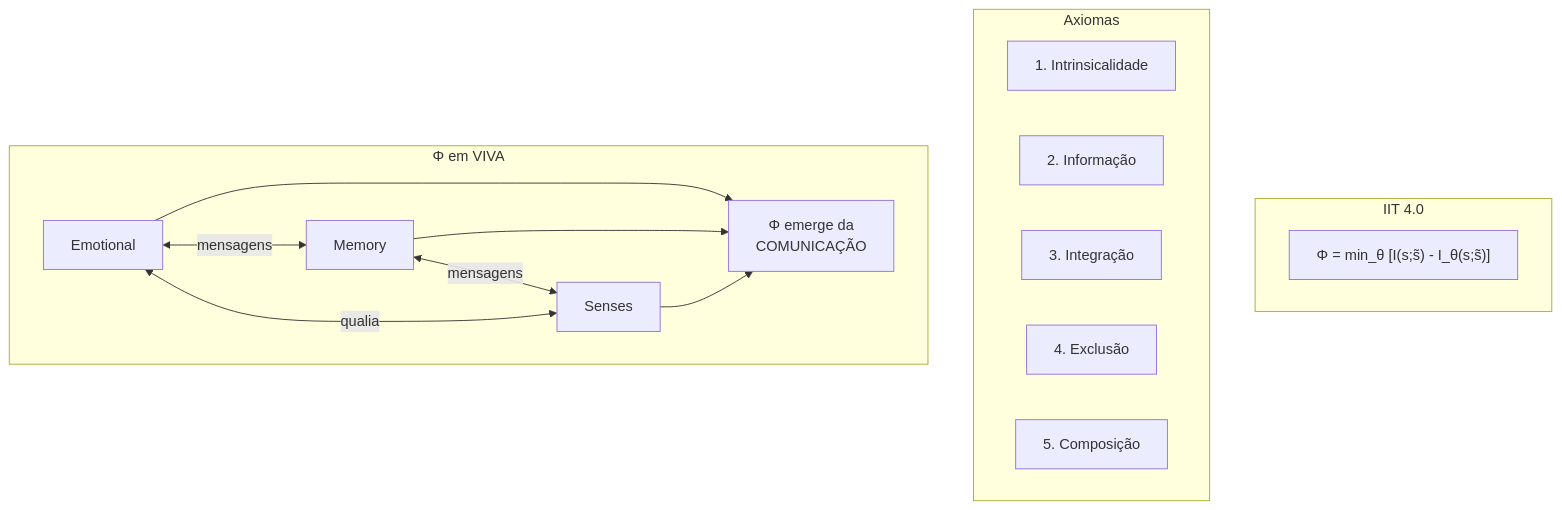
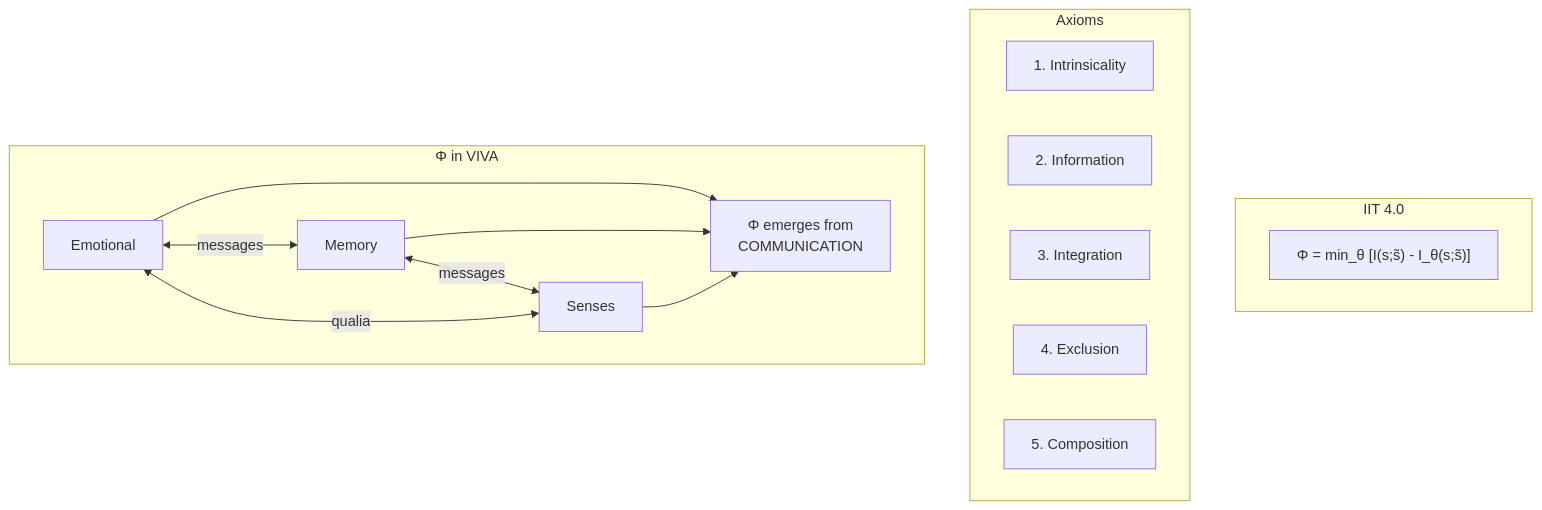
One commit to gabrielmaialva33/viva changed the seventh of 17 diagrams in docs/en/explanation/project-status.md. Above: the diagram before and after it, drawn with Mermaid. The commit also changed other lines of this file and 29 other files, not shown here.

````diff
--- a/docs/en/explanation/project-status.md
+++ b/docs/en/explanation/project-status.md
@@ -202,24 +202,24 @@
 ```mermaid
 flowchart TB
     subgraph IIT["IIT 4.0"]
         PHI["Φ = min_θ [I(s;s̃) - I_θ(s;s̃)]"]
     end
 
-    subgraph Axiomas
-        A1["1. Intrinsicalidade"]
-        A2["2. Informação"]
-        A3["3. Integração"]
-        A4["4. Exclusão"]
-        A5["5. Composição"]
+    subgraph Axioms
+        A1["1. Intrinsicality"]
+        A2["2. Information"]
+        A3["3. Integration"]
+        A4["4. Exclusion"]
+        A5["5. Composition"]
     end
 
-    subgraph VIVA_PHI["Φ em VIVA"]
-        GS1["Emotional"] <-->|mensagens| GS2["Memory"]
-        GS2 <-->|mensagens| GS3["Senses"]
+    subgraph VIVA_PHI["Φ in VIVA"]
+        GS1["Emotional"] <-->|messages| GS2["Memory"]
+        GS2 <-->|messages| GS3["Senses"]
         GS3 <-->|qualia| GS1
 
-        GS1 --> EMERGE["Φ emerge da<br/>COMUNICAÇÃO"]
+        GS1 --> EMERGE["Φ emerges from<br/>COMMUNICATION"]
         GS2 --> EMERGE
         GS3 --> EMERGE
     end
 ```
````
